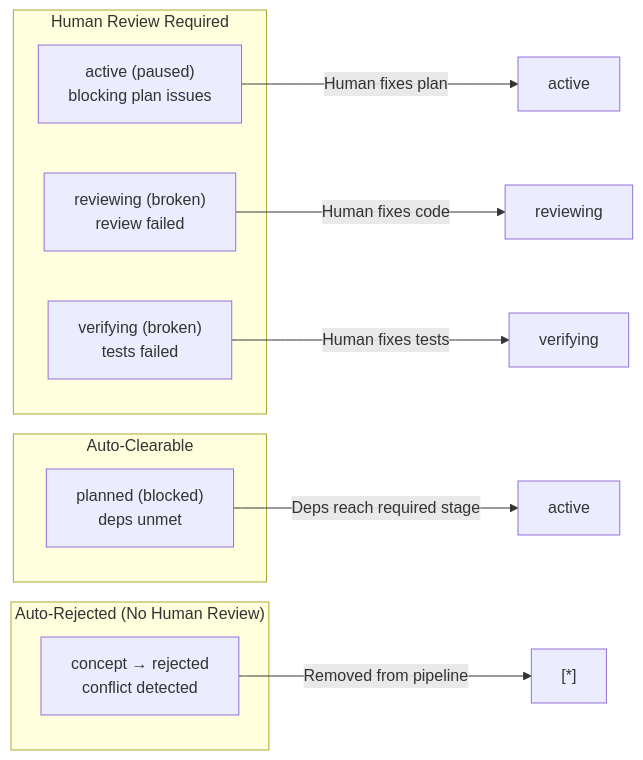
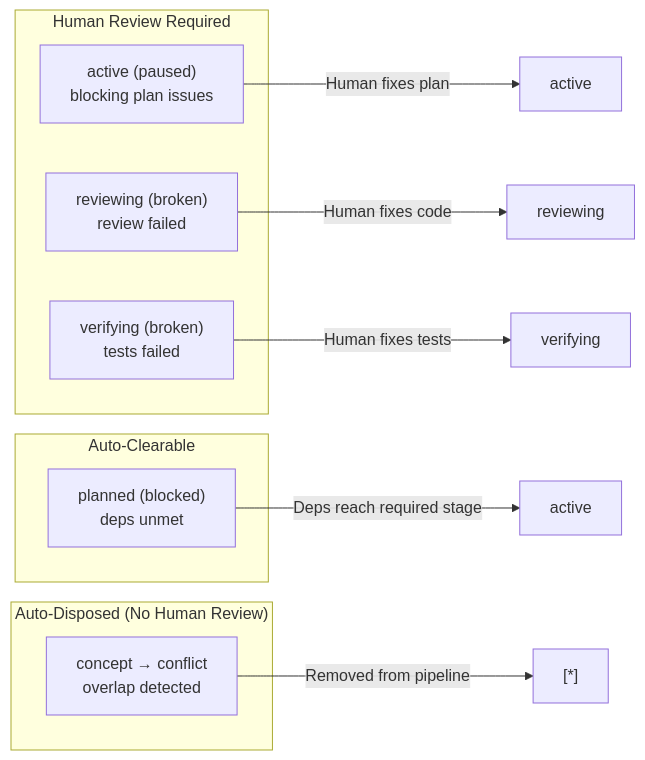
One commit to Mharbulous/SyncoPaid changed the third of 3 diagrams in .claude/skills/story-tree/references/orchestrator-workflow-complete.md. Above: the diagram before and after it, drawn with Mermaid. The commit also changed other lines of this file and 8 other files, not shown here.

First line of the commit message:
feat(schema): add 'conflict' disposition for algorithm-detected overlaps

````diff
--- a/.claude/skills/story-tree/references/orchestrator-workflow-complete.md
+++ b/.claude/skills/story-tree/references/orchestrator-workflow-complete.md
@@ -265,23 +265,23 @@
 ```mermaid
 flowchart LR
     subgraph "Human Review Required"
         H2["active (paused)<br/>blocking plan issues"]
         H3["reviewing (broken)<br/>review failed"]
         H4["verifying (broken)<br/>tests failed"]
     end
 
     subgraph "Auto-Clearable"
         A1["planned (blocked)<br/>deps unmet"]
     end
 
-    subgraph "Auto-Rejected (No Human Review)"
-        R1["concept → rejected<br/>conflict detected"]
+    subgraph "Auto-Disposed (No Human Review)"
+        C1["concept → conflict<br/>overlap detected"]
     end
 
     H2 -->|"Human fixes plan"| H2_CLEAR["active"]
     H3 -->|"Human fixes code"| H3_CLEAR["reviewing"]
     H4 -->|"Human fixes tests"| H4_CLEAR["verifying"]
 
     A1 -->|"Deps reach required stage"| A1_CLEAR["active"]
-    R1 -->|"Removed from pipeline"| R1_END["[*]"]
+    C1 -->|"Removed from pipeline"| C1_END["[*]"]
 ```
````
